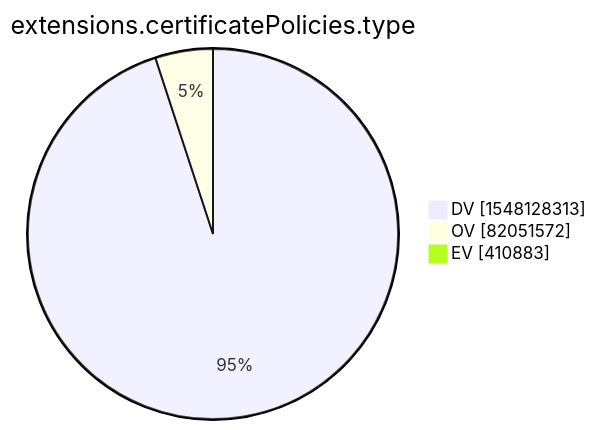
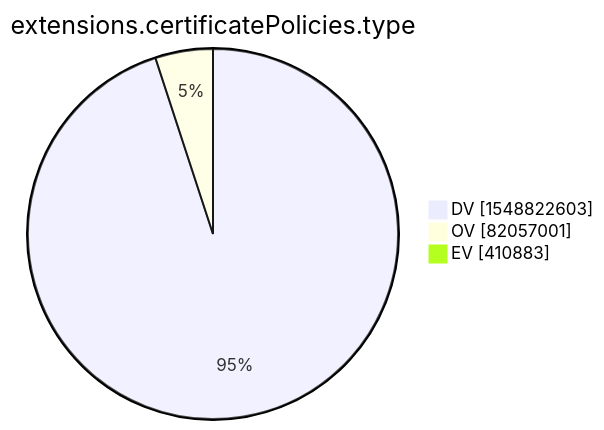
Before and after one commit to christiankrug/ctmonitor_visualization: the tenth of 15 diagrams in xenon2022/README.md, drawn with Mermaid. The commit also changed other lines of this file, not shown here.

````diff
--- a/xenon2022/README.md
+++ b/xenon2022/README.md
@@ -2876,7 +2876,7 @@
 ```mermaid
 pie showData
 title extensions.certificatePolicies.type
-"DV" :1548128313
-"OV" :82051572
+"DV" :1548822603
+"OV" :82057001
 "EV" :410883
 ```
````
